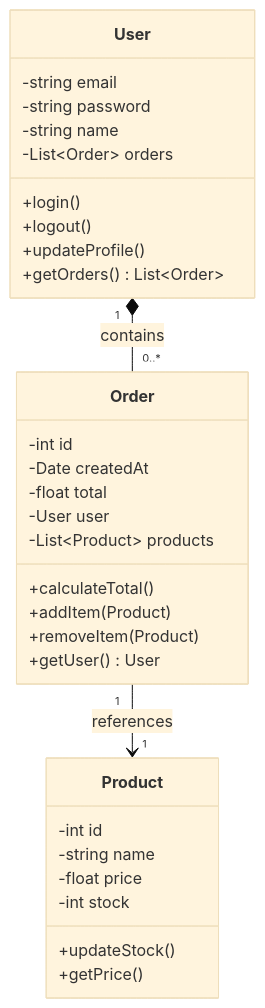
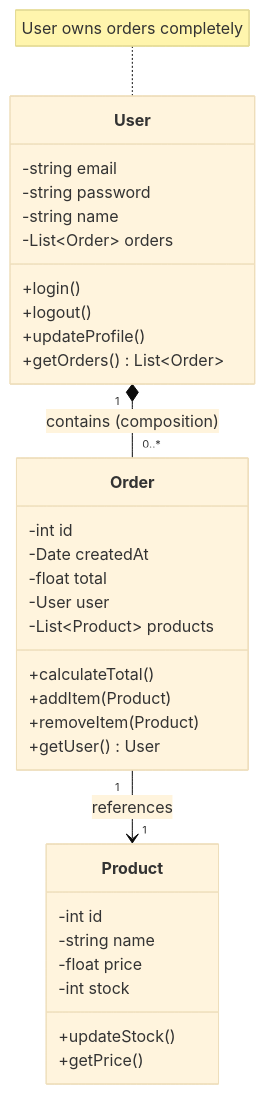
The fourth of 7 diagrams in README.md (allthings-dev/junk), drawn with Mermaid (base theme) before and after one commit.

````diff
--- a/README.md
+++ b/README.md
@@ -54,37 +54,38 @@
 ```mermaid
 classDiagram
     class User {
         -string email
         -string password
         -string name
         -List~Order~ orders
         +login()
         +logout()
         +updateProfile()
         +getOrders() List~Order~
     }
     
     class Order {
         -int id
         -Date createdAt
         -float total
         -User user
         -List~Product~ products
         +calculateTotal()
         +addItem(Product)
         +removeItem(Product)
         +getUser() User
     }
     
     class Product {
         -int id
         -string name
         -float price
         -int stock
         +updateStock()
         +getPrice()
     }
     
-     User "1" *-- "0..*" Order : contains
+     User "1" *-- "0..*" Order : contains (composition)
      Order "1" --> "1" Product : references
+     note for User "User owns orders completely"
 ```
````
